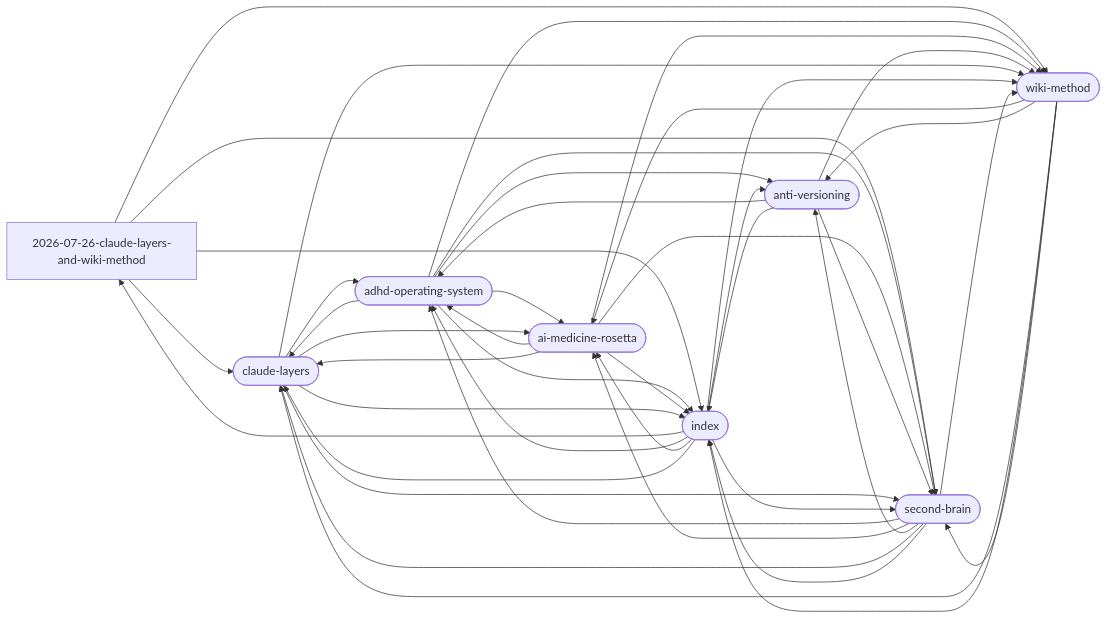
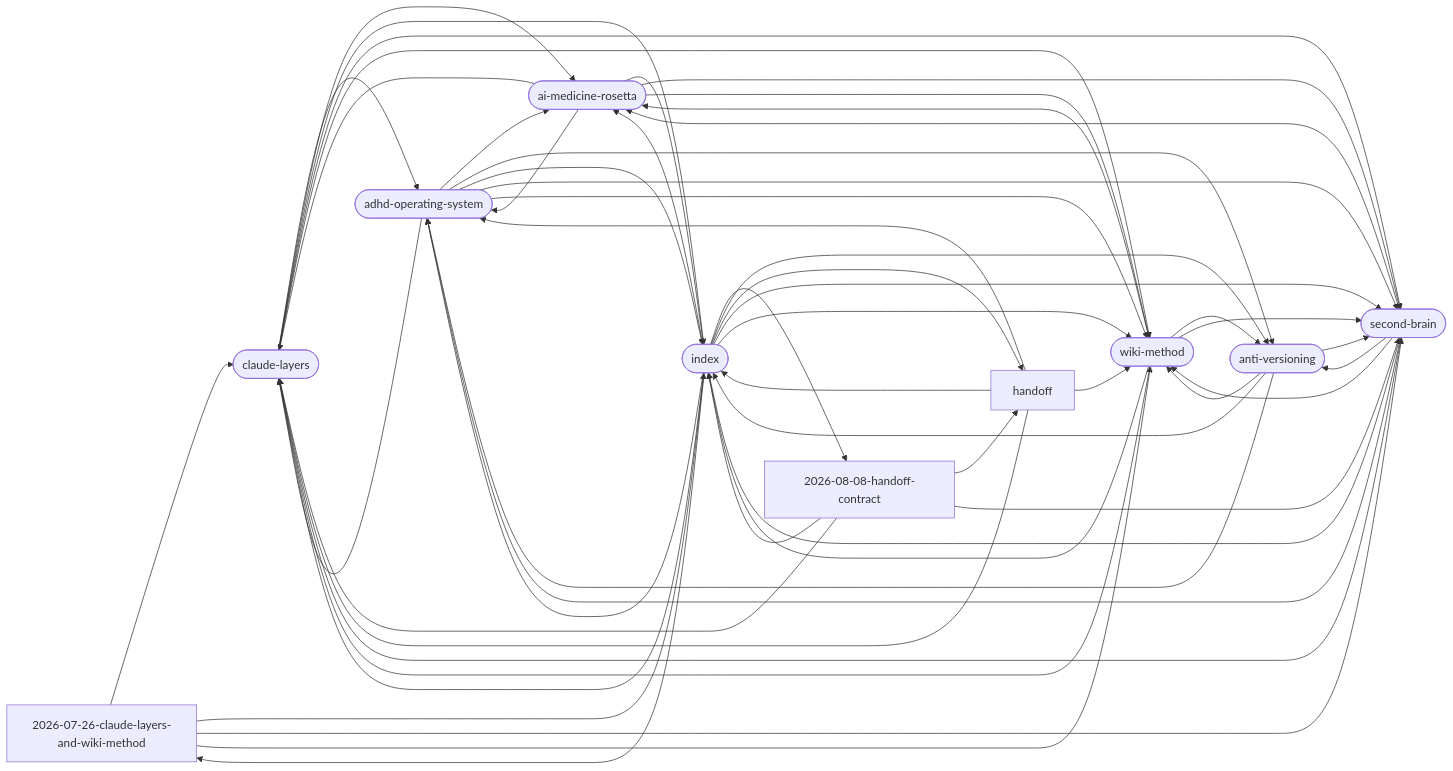
The diagram in brain/_forensics/graph.md (faraazxxx-ui/claude-), drawn with Mermaid before and after one commit. The commit also changed 4 other files, not shown here.

First line of the commit message:
Add the handoff contract as a rule and a page

````diff
--- a/brain/_forensics/graph.md
+++ b/brain/_forensics/graph.md
@@ -6,53 +6,65 @@
 ```mermaid
 graph LR
   2026_07_26_claude_layers_and_wiki_method["2026-07-26-claude-layers-and-wiki-method"]
+  2026_08_08_handoff_contract["2026-08-08-handoff-contract"]
   adhd_operating_system(["adhd-operating-system"])
   ai_medicine_rosetta(["ai-medicine-rosetta"])
   anti_versioning(["anti-versioning"])
   claude_layers(["claude-layers"])
+  handoff["handoff"]
   index(["index"])
   second_brain(["second-brain"])
   wiki_method(["wiki-method"])
   2026_07_26_claude_layers_and_wiki_method --> claude_layers
   2026_07_26_claude_layers_and_wiki_method --> index
   2026_07_26_claude_layers_and_wiki_method --> second_brain
   2026_07_26_claude_layers_and_wiki_method --> wiki_method
+  2026_08_08_handoff_contract --> claude_layers
+  2026_08_08_handoff_contract --> handoff
+  2026_08_08_handoff_contract --> index
+  2026_08_08_handoff_contract --> second_brain
   adhd_operating_system --> ai_medicine_rosetta
   adhd_operating_system --> anti_versioning
   adhd_operating_system --> claude_layers
   adhd_operating_system --> index
   adhd_operating_system --> second_brain
   adhd_operating_system --> wiki_method
   ai_medicine_rosetta --> adhd_operating_system
   ai_medicine_rosetta --> claude_layers
   ai_medicine_rosetta --> index
   ai_medicine_rosetta --> second_brain
   ai_medicine_rosetta --> wiki_method
   anti_versioning --> adhd_operating_system
   anti_versioning --> index
   anti_versioning --> second_brain
   anti_versioning --> wiki_method
   claude_layers --> adhd_operating_system
   claude_layers --> ai_medicine_rosetta
   claude_layers --> index
   claude_layers --> second_brain
   claude_layers --> wiki_method
+  handoff --> adhd_operating_system
+  handoff --> claude_layers
+  handoff --> index
+  handoff --> wiki_method
   index --> 2026_07_26_claude_layers_and_wiki_method
+  index --> 2026_08_08_handoff_contract
   index --> adhd_operating_system
   index --> ai_medicine_rosetta
   index --> anti_versioning
   index --> claude_layers
+  index --> handoff
   index --> second_brain
   index --> wiki_method
   second_brain --> adhd_operating_system
   second_brain --> ai_medicine_rosetta
   second_brain --> anti_versioning
   second_brain --> claude_layers
   second_brain --> index
   second_brain --> wiki_method
   wiki_method --> ai_medicine_rosetta
   wiki_method --> anti_versioning
   wiki_method --> claude_layers
   wiki_method --> index
   wiki_method --> second_brain
 ```
````
